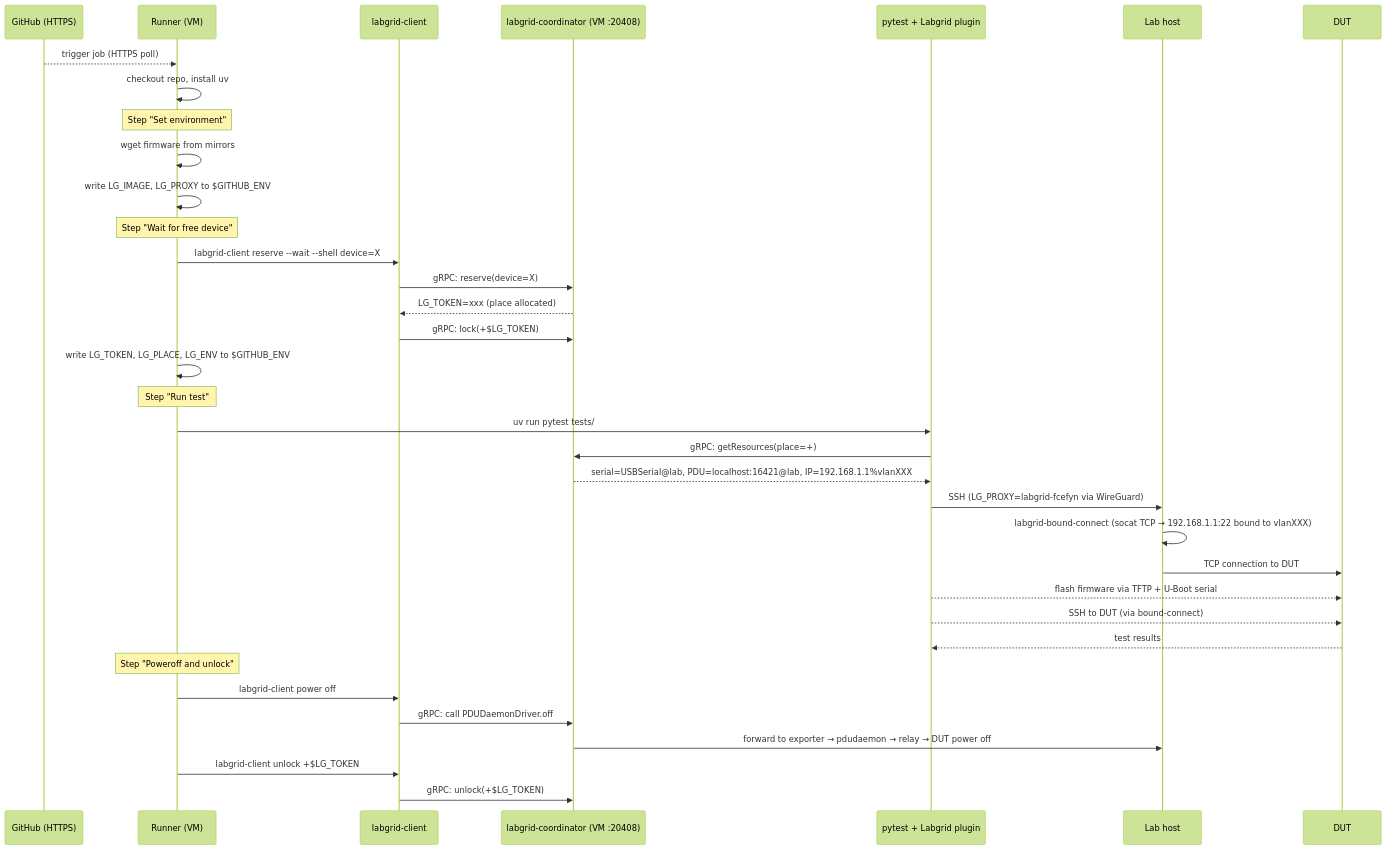
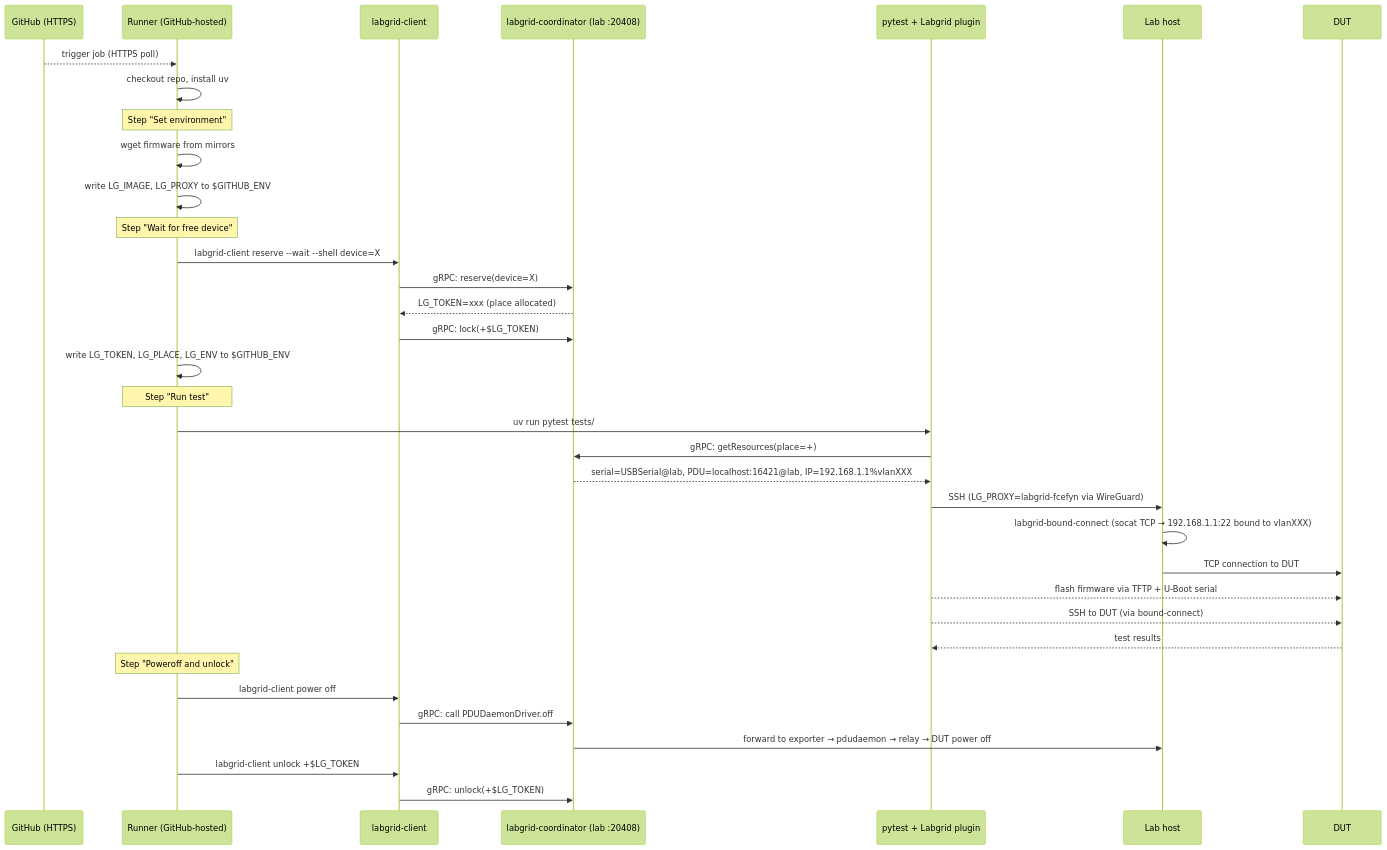
The fourth of 4 diagrams in docs/diseno/openwrt-tests-ci-flow.md (ccasanueva7/fcefyn_testbed_utils), drawn with Mermaid (forest theme) before and after one commit. The commit also changed other lines of this file and 9 other files, not shown here.

````diff
--- a/docs/diseno/openwrt-tests-ci-flow.md
+++ b/docs/diseno/openwrt-tests-ci-flow.md
@@ -158,42 +164,42 @@
 ```mermaid
 sequenceDiagram
     participant GH as GitHub (HTTPS)
-    participant R as Runner (VM)
+    participant R as Runner (GitHub-hosted)
     participant LC as labgrid-client
-    participant COORD as labgrid-coordinator (VM :20408)
+    participant COORD as labgrid-coordinator (lab :20408)
     participant PP as pytest + Labgrid plugin
     participant LAB as Lab host
     participant DUT as DUT
 
     GH-->>R: trigger job (HTTPS poll)
     R->>R: checkout repo, install uv
 
     Note over R: Step "Set environment"
     R->>R: wget firmware from mirrors
     R->>R: write LG_IMAGE, LG_PROXY to $GITHUB_ENV
 
     Note over R: Step "Wait for free device"
     R->>LC: labgrid-client reserve --wait --shell device=X
     LC->>COORD: gRPC: reserve(device=X)
     COORD-->>LC: LG_TOKEN=xxx (place allocated)
     LC->>COORD: gRPC: lock(+$LG_TOKEN)
     R->>R: write LG_TOKEN, LG_PLACE, LG_ENV to $GITHUB_ENV
 
     Note over R: Step "Run test"
     R->>PP: uv run pytest tests/
     PP->>COORD: gRPC: getResources(place=+)
     COORD-->>PP: serial=USBSerial@lab, PDU=localhost:16421@lab, IP=192.168.1.1%vlanXXX
     PP->>LAB: SSH (LG_PROXY=labgrid-fcefyn via WireGuard)
     LAB->>LAB: labgrid-bound-connect (socat TCP → 192.168.1.1:22 bound to vlanXXX)
     LAB->>DUT: TCP connection to DUT
     PP-->>DUT: flash firmware via TFTP + U-Boot serial
     PP-->>DUT: SSH to DUT (via bound-connect)
     DUT-->>PP: test results
 
     Note over R: Step "Poweroff and unlock"
     R->>LC: labgrid-client power off
     LC->>COORD: gRPC: call PDUDaemonDriver.off
     COORD->>LAB: forward to exporter → pdudaemon → relay → DUT power off
     R->>LC: labgrid-client unlock +$LG_TOKEN
     LC->>COORD: gRPC: unlock(+$LG_TOKEN)
 ```
````
